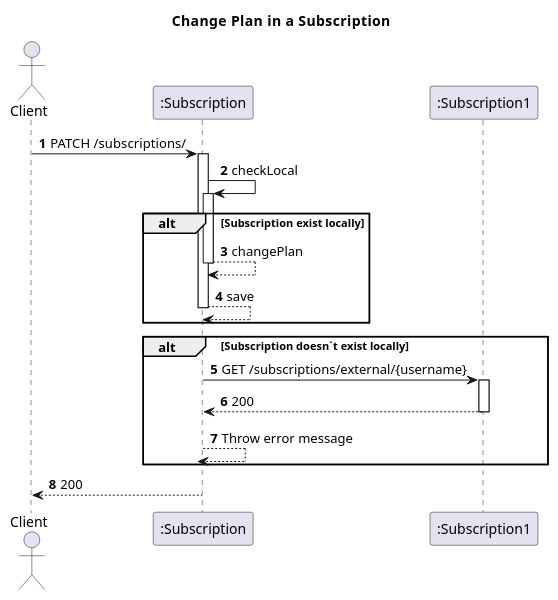
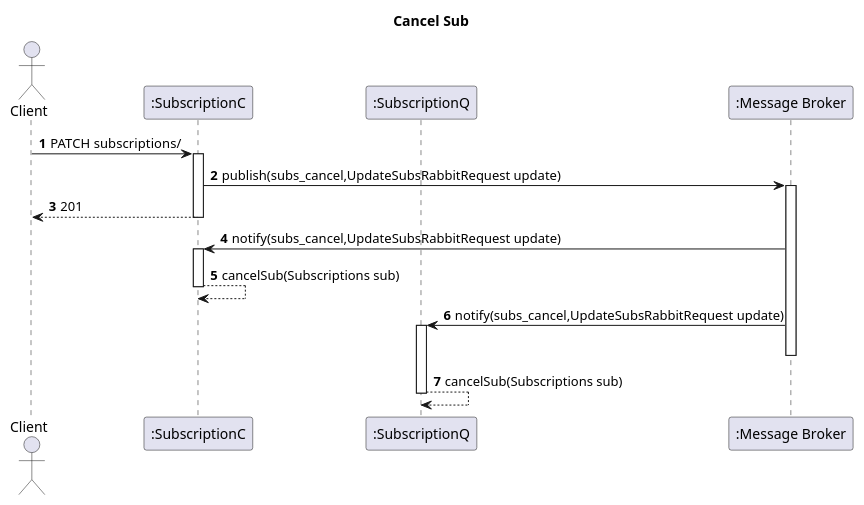
Before and after one commit to IsepMartimOliveira/SIDIS: the diagram in docs_sidis/Segunda_Avalição/Subs/Vista Logica/N2/CancelSub.puml, drawn with PlantUML. The commit also changed 6 other files, not shown here.

```diff
--- a/docs_sidis/Segunda_Avalição/Subs/Vista Logica/N2/CancelSub.puml
+++ b/docs_sidis/Segunda_Avalição/Subs/Vista Logica/N2/CancelSub.puml
@@ -1,27 +1,27 @@
 @startuml
 'https://plantuml.com/sequence-diagram
 autoactivate on
 autonumber
-title  Change Plan in   a  Subscription
+title  Cancel Sub
 
 autonumber
 
 actor "Client" as Ac
-participant ":Subscription" as Auth
-participant ":Subscription1" as Serv
 
+participant ":SubscriptionC" as SubC
+participant ":SubscriptionQ" as SubQ
+participant ":Message Broker" as Broker
 
-Ac->Auth: PATCH /subscriptions/
-Auth->Auth:checkLocal
-alt Subscription exist locally
-Auth-->Auth:changePlan
-Auth-->Auth:save
-end
-alt Subscription doesn´t exist locally
+Ac->SubC:PATCH subscriptions/
 
-Auth->Serv: GET /subscriptions/external/{username}
-Serv-->Auth:200
-Auth-->Auth:Throw error message
-end
-Auth-->Ac:200
+SubC->Broker: publish(subs_cancel,UpdateSubsRabbitRequest update)
+SubC-->Ac:201
+
+Broker->SubC:notify(subs_cancel,UpdateSubsRabbitRequest update)
+SubC-->SubC:cancelSub(Subscriptions sub)
+Broker->SubQ:notify(subs_cancel,UpdateSubsRabbitRequest update)
+deactivate Broker
+
+SubQ-->SubQ:cancelSub(Subscriptions sub)
+
 @enduml
```
